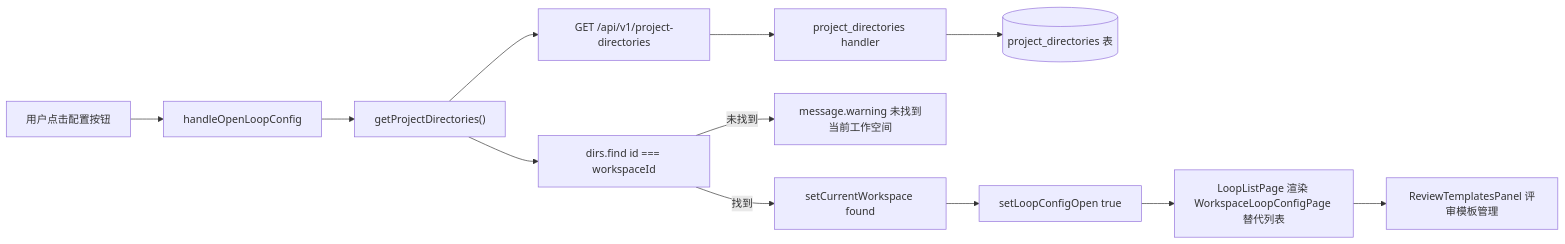
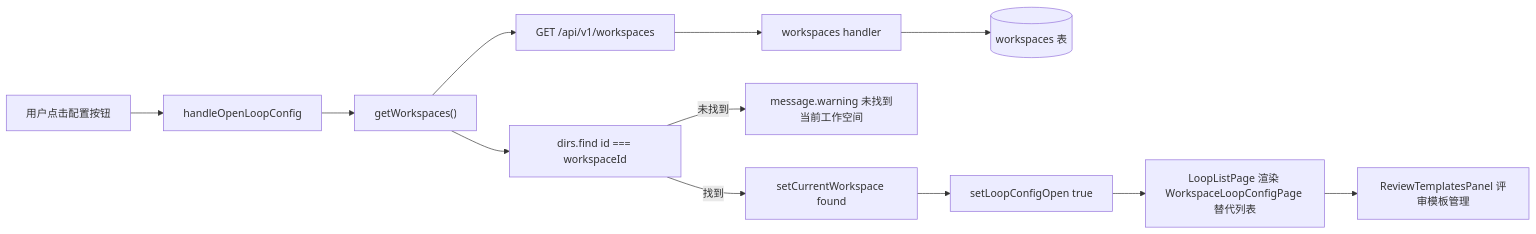
Before and after one commit to weibaohui/ntd: the first of 4 diagrams in frontend/src/help/pages/loop-list-open-config.md, drawn with Mermaid. The commit also changed other lines of this file and 122 other files, not shown here.

````diff
--- a/frontend/src/help/pages/loop-list-open-config.md
+++ b/frontend/src/help/pages/loop-list-open-config.md
@@ -9,14 +9,14 @@
 ```mermaid
 flowchart LR
   U[用户点击配置按钮] --> OC["handleOpenLoopConfig"]
-  OC --> GD["getProjectDirectories()"]
-  GD --> API["GET /api/v1/project-directories"]
-  API --> H1[project_directories handler]
-  H1 --> DB[(project_directories 表)]
+  OC --> GD["getWorkspaces()"]
+  GD --> API["GET /api/v1/workspaces"]
+  API --> H1[workspaces handler]
+  H1 --> DB[(workspaces 表)]
   GD --> FIND["dirs.find id === workspaceId"]
   FIND -->|"未找到"| WARN["message.warning 未找到当前工作空间"]
   FIND -->|"找到"| SC["setCurrentWorkspace found"]
   SC --> SO["setLoopConfigOpen true"]
   SO --> LLP["LoopListPage 渲染 WorkspaceLoopConfigPage 替代列表"]
   LLP --> RT[ReviewTemplatesPanel 评审模板管理]
 ```
````
